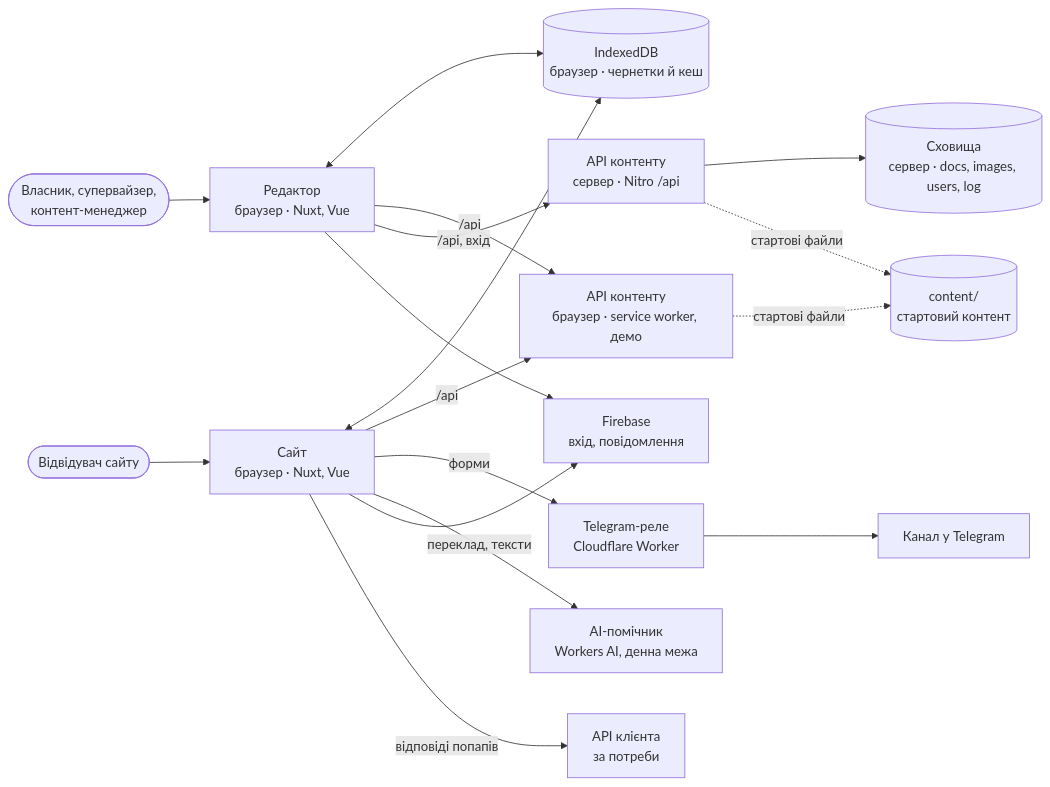
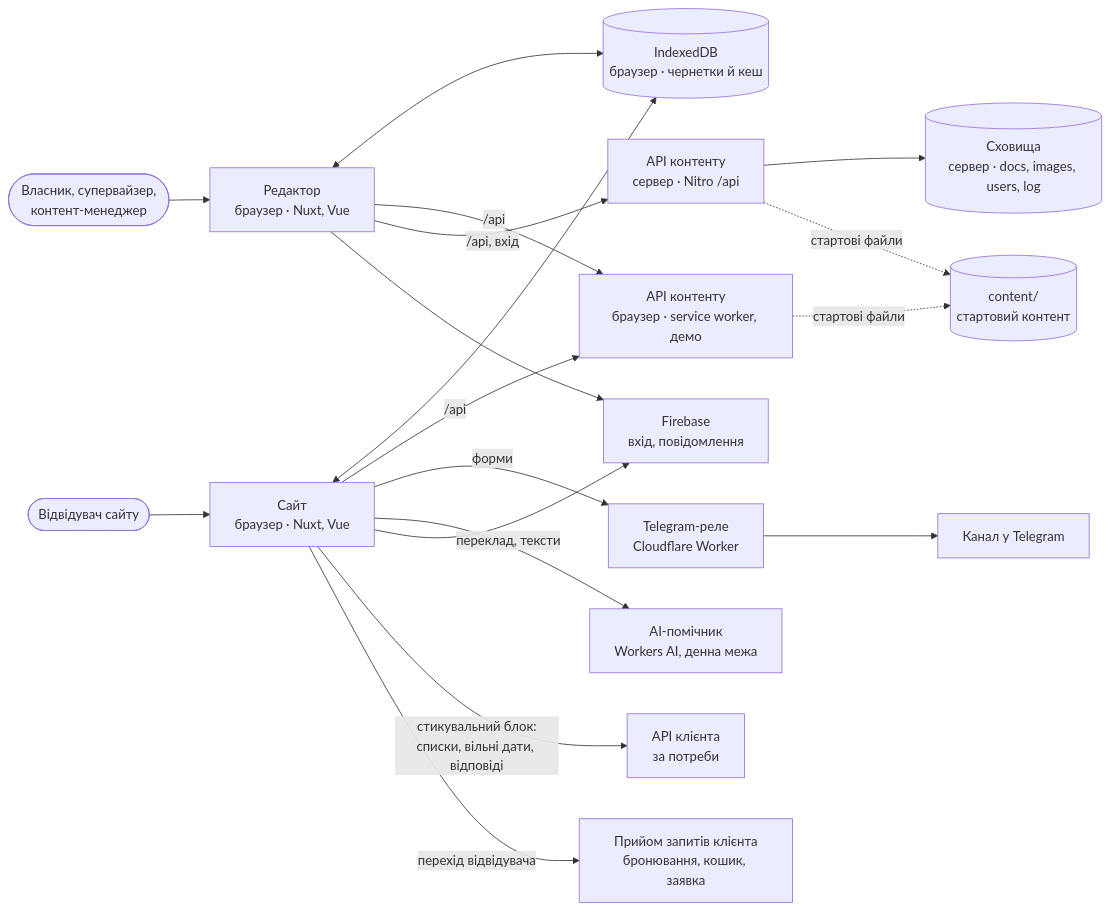
The diagram in docs/architecture/containers.uk.mmd (garevna/sve-studio), drawn with Mermaid before and after one commit. The commit also changed 67 other files, not shown here.

```diff
--- a/docs/architecture/containers.uk.mmd
+++ b/docs/architecture/containers.uk.mmd
@@ -1,35 +1,37 @@
 flowchart LR
   owner(["Власник, супервайзер,<br/>контент-менеджер"])
   visitor(["Відвідувач сайту"])
 
   editor["Редактор<br/>браузер · Nuxt, Vue"]
   site["Сайт<br/>браузер · Nuxt, Vue"]
 
   dbw[("IndexedDB<br/>браузер · чернетки й кеш")]
   sw["API контенту<br/>браузер · service worker, демо"]
   nitro["API контенту<br/>сервер · Nitro /api"]
 
   store[("Сховища<br/>сервер · docs, images, users, log")]
   seed[("content/<br/>стартовий контент")]
 
   relay["Telegram-реле<br/>Cloudflare Worker"]
   channel["Канал у Telegram"]
   ai["AI-помічник<br/>Workers AI, денна межа"]
   fb["Firebase<br/>вхід, повідомлення"]
   client["API клієнта<br/>за потреби"]
 
   owner --> editor
   visitor --> site
   editor <--> dbw
   site <--> dbw
   editor -- "/api" --> sw
   editor -- "/api, вхід" --> nitro
   site -- "/api" --> sw
   sw -. "стартові файли" .-> seed
   nitro --> store
   nitro -. "стартові файли" .-> seed
   site -- "форми" --> relay --> channel
   site -- "переклад, тексти" --> ai
   site --> fb
   editor --> fb
-  site -- "відповіді попапів" --> client
+  engine["Прийом запитів клієнта<br/>бронювання, кошик, заявка"]
+  site -- "стикувальний блок:<br/>списки, вільні дати, відповіді" --> client
+  site -- "перехід відвідувача" --> engine
```
